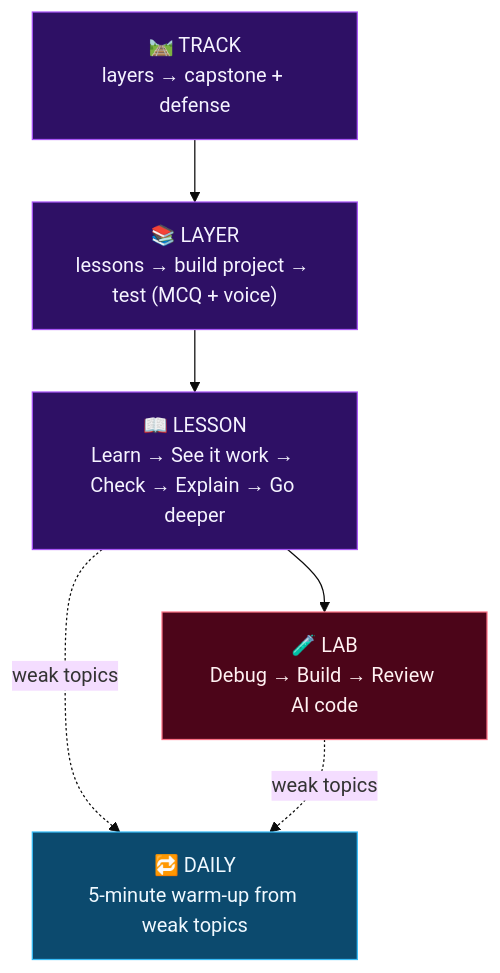
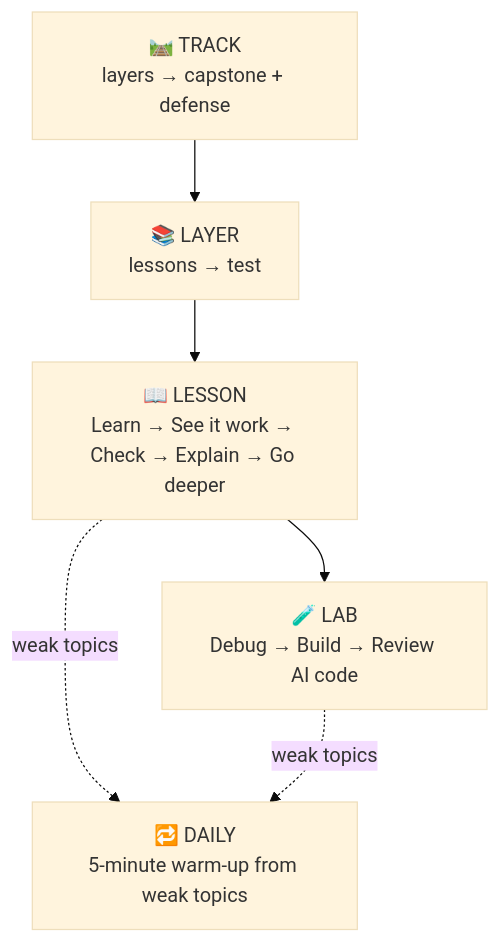
Before and after one commit to OV111/Vahoha: the diagram in docs/product/LEARNING_SYSTEM.md, drawn with Mermaid (base theme). The commit also changed other lines of this file and 58 other files, not shown here.

````diff
--- a/docs/product/LEARNING_SYSTEM.md
+++ b/docs/product/LEARNING_SYSTEM.md
@@ -70,19 +34,12 @@
 ```mermaid
 flowchart TB
     TRACK["🛤️ TRACK<br/>layers → capstone + defense"]
-    LAYER["📚 LAYER<br/>lessons → build project → test (MCQ + voice)"]
+    LAYER["📚 LAYER<br/>lessons → test"]
     LESSON["📖 LESSON<br/>Learn → See it work → Check → Explain → Go deeper"]
     LAB["🧪 LAB<br/>Debug → Build → Review AI code"]
     DAILY["🔁 DAILY<br/>5-minute warm-up from weak topics"]
 
     TRACK --> LAYER --> LESSON --> LAB
     LESSON -. weak topics .-> DAILY
     LAB -. weak topics .-> DAILY
-
-    classDef main fill:#2e1065,stroke:#a855f7,color:#f5f3ff
-    classDef lab fill:#4c0519,stroke:#fb7185,color:#fff1f2
-    classDef daily fill:#0c4a6e,stroke:#38bdf8,color:#f0f9ff
-    class TRACK,LAYER,LESSON main
-    class LAB lab
-    class DAILY daily
 ```
````
